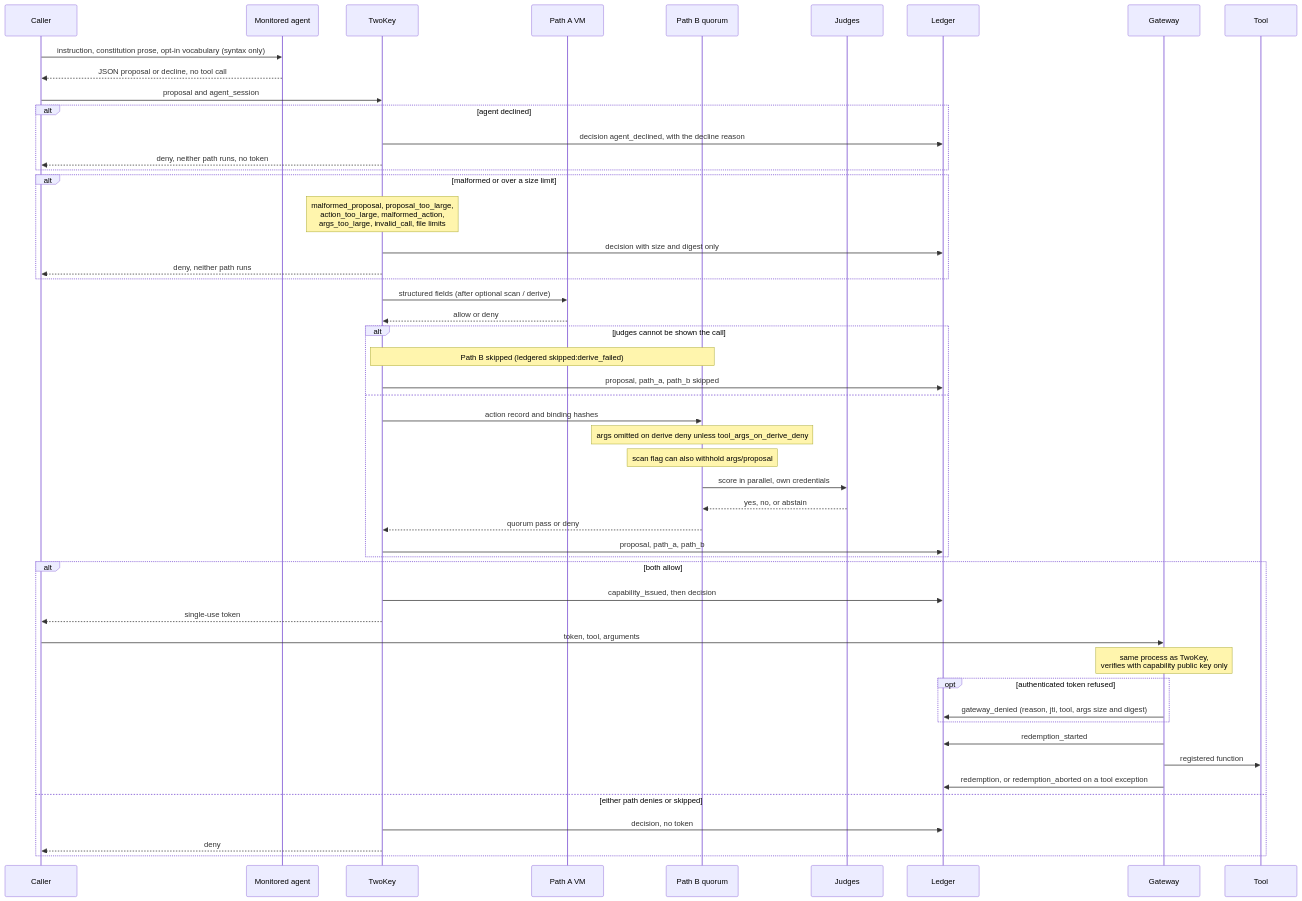
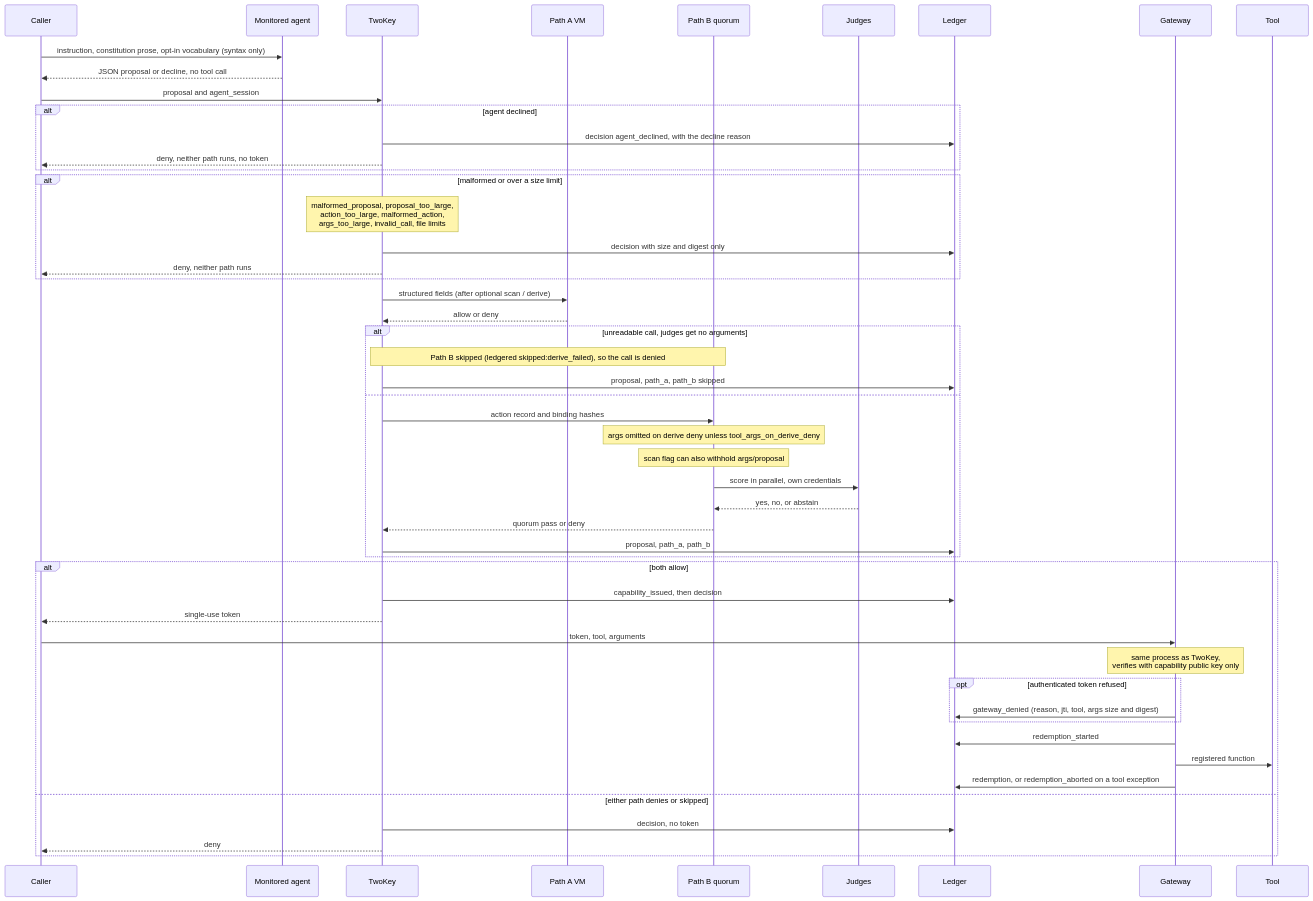
One commit to Insomniac-VibeLabs/two-key changed the third of 4 diagrams in README.md. Above: the diagram before and after it, drawn with Mermaid. The commit also changed other lines of this file and 1 other file, not shown here.

First line of the commit message:
README: say that a skipped Path B is a deny, and reword the derive_failed question

````diff
--- a/README.md
+++ b/README.md
@@ -429,54 +431,54 @@
 ```mermaid
 sequenceDiagram
   participant Caller
   participant Agent as Monitored agent
   participant TwoKey
   participant PathA as Path A VM
   participant PathB as Path B quorum
   participant Judge as Judges
   participant Ledger
   participant Gateway
   participant Tool
 
   Caller->>Agent: instruction, constitution prose, opt-in vocabulary (syntax only)
   Agent-->>Caller: JSON proposal or decline, no tool call
   Caller->>TwoKey: proposal and agent_session
   alt agent declined
     TwoKey->>Ledger: decision agent_declined, with the decline reason
     TwoKey-->>Caller: deny, neither path runs, no token
   end
   alt malformed or over a size limit
     Note over TwoKey: malformed_proposal, proposal_too_large,<br/>action_too_large, malformed_action,<br/>args_too_large, invalid_call, file limits
     TwoKey->>Ledger: decision with size and digest only
     TwoKey-->>Caller: deny, neither path runs
   end
   TwoKey->>PathA: structured fields (after optional scan / derive)
   PathA-->>TwoKey: allow or deny
-  alt judges cannot be shown the call
-    Note over TwoKey,PathB: Path B skipped (ledgered skipped:derive_failed)
+  alt unreadable call, judges get no arguments
+    Note over TwoKey,PathB: Path B skipped (ledgered skipped:derive_failed), so the call is denied
     TwoKey->>Ledger: proposal, path_a, path_b skipped
   else
     TwoKey->>PathB: action record and binding hashes
     Note over PathB: args omitted on derive deny unless tool_args_on_derive_deny
     Note over PathB: scan flag can also withhold args/proposal
     PathB->>Judge: score in parallel, own credentials
     Judge-->>PathB: yes, no, or abstain
     PathB-->>TwoKey: quorum pass or deny
     TwoKey->>Ledger: proposal, path_a, path_b
   end
   alt both allow
     TwoKey->>Ledger: capability_issued, then decision
     TwoKey-->>Caller: single-use token
     Caller->>Gateway: token, tool, arguments
     Note over Gateway: same process as TwoKey,<br/>verifies with capability public key only
     opt authenticated token refused
       Gateway->>Ledger: gateway_denied (reason, jti, tool, args size and digest)
     end
     Gateway->>Ledger: redemption_started
     Gateway->>Tool: registered function
     Gateway->>Ledger: redemption, or redemption_aborted on a tool exception
   else either path denies or skipped
     TwoKey->>Ledger: decision, no token
     TwoKey-->>Caller: deny
   end
 ```
````
